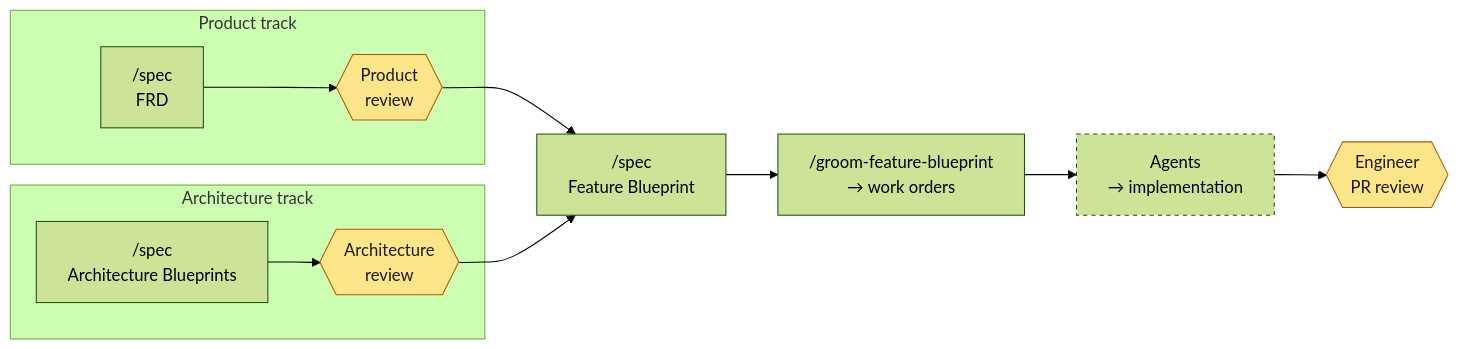
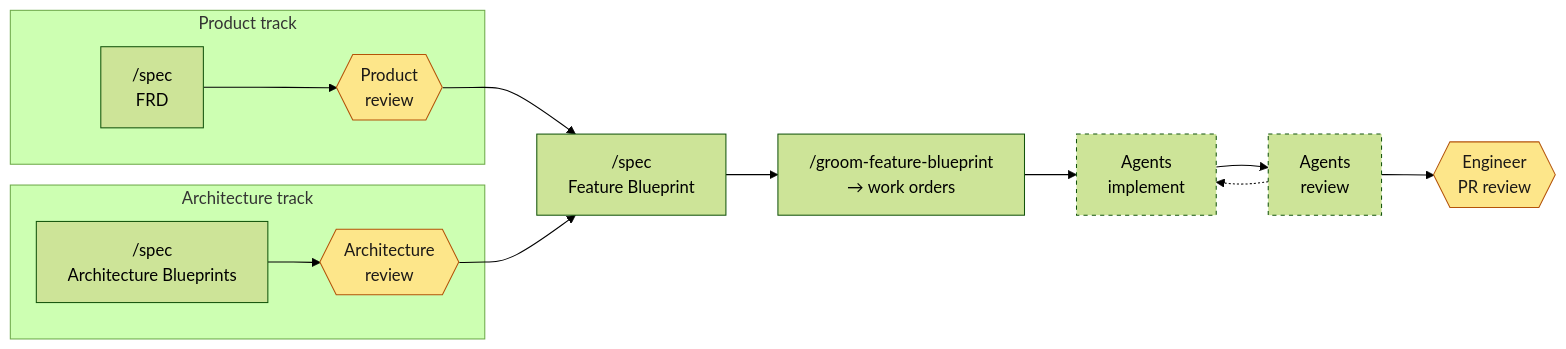
One commit to brettcallaghan/specs changed the diagram in README.md. Above: the diagram before and after it, drawn with Mermaid (forest theme). The commit also changed other lines of this file, not shown here.

First line of the commit message:
Show agent review looping back to implementation in the README workflow

````diff
--- a/README.md
+++ b/README.md
@@ -56,19 +56,22 @@
 ```mermaid
 flowchart LR
     subgraph product["Product track"]
         A["/spec<br/>FRD"] --> B{{"Product<br/>review"}}
     end
     subgraph architecture["Architecture track"]
         H["/spec<br/>Architecture Blueprints"] --> I{{"Architecture<br/>review"}}
     end
     B --> C["/spec<br/>Feature Blueprint"]
     I --> C
     C --> E["/groom-feature-blueprint<br/>→ work orders"]
-    E --> F["Agents<br/>→ implementation"]
-    F --> G{{"Engineer<br/>PR review"}}
+    E --> F["Agents<br/>implement"]
+    F --> J["Agents<br/>review"]
+    J -.-> F
+    J --> G{{"Engineer<br/>PR review"}}
 
     style B fill:#fde68a,stroke:#b45309,color:#1c1917
     style I fill:#fde68a,stroke:#b45309,color:#1c1917
     style G fill:#fde68a,stroke:#b45309,color:#1c1917
     style F stroke-dasharray: 4 4
+    style J stroke-dasharray: 4 4
 ```
````
